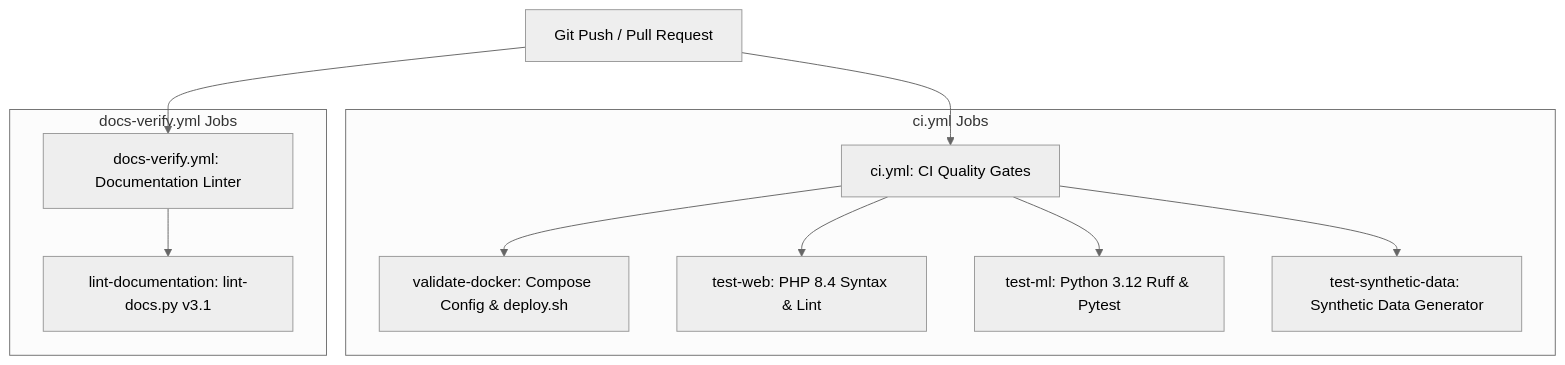
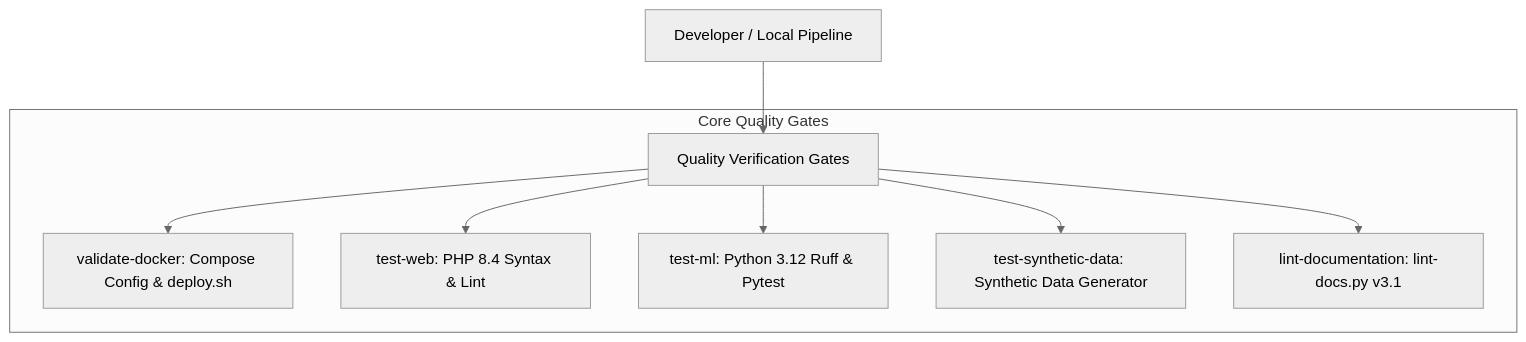
One commit to Niccher/AI-Agile-Project-Management-Suite changed the diagram in docs/engineering/ci.md. Above: the diagram before and after it, drawn with Mermaid (neutral theme). The commit also changed other lines of this file and 28 other files, not shown here.

First line of the commit message:
fix(security): remediate polyglot vulnerabilities, unify schemas, and harden repo hygiene

````diff
--- a/docs/engineering/ci.md
+++ b/docs/engineering/ci.md
@@ -11,16 +11,12 @@
 ```mermaid
 flowchart TD
-    PR[Git Push / Pull Request] --> CI[ci.yml: CI Quality Gates]
-    PR --> DOCS[docs-verify.yml: Documentation Linter]
+    DEV[Developer / Local Pipeline] --> GATE[Quality Verification Gates]
     
-    subgraph "ci.yml Jobs"
-        CI --> J1[validate-docker: Compose Config & deploy.sh]
-        CI --> J2[test-web: PHP 8.4 Syntax & Lint]
-        CI --> J3[test-ml: Python 3.12 Ruff & Pytest]
-        CI --> J4[test-synthetic-data: Synthetic Data Generator]
-    end
-
-    subgraph "docs-verify.yml Jobs"
-        DOCS --> D1[lint-documentation: lint-docs.py v3.1]
+    subgraph "Core Quality Gates"
+        GATE --> J1[validate-docker: Compose Config & deploy.sh]
+        GATE --> J2[test-web: PHP 8.4 Syntax & Lint]
+        GATE --> J3[test-ml: Python 3.12 Ruff & Pytest]
+        GATE --> J4[test-synthetic-data: Synthetic Data Generator]
+        GATE --> D1[lint-documentation: lint-docs.py v3.1]
     end
 ```
````
